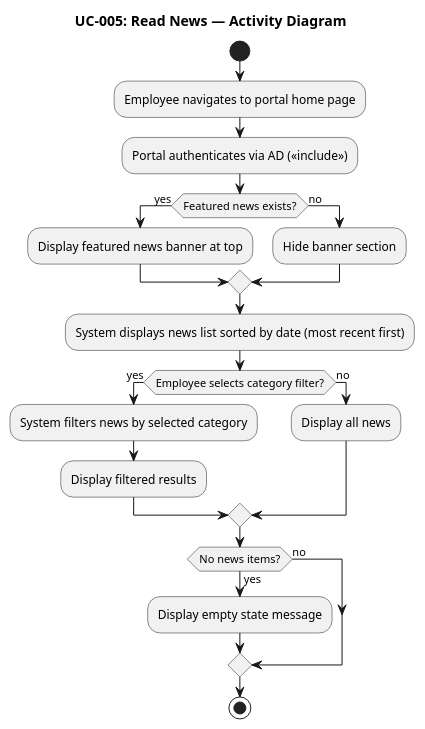
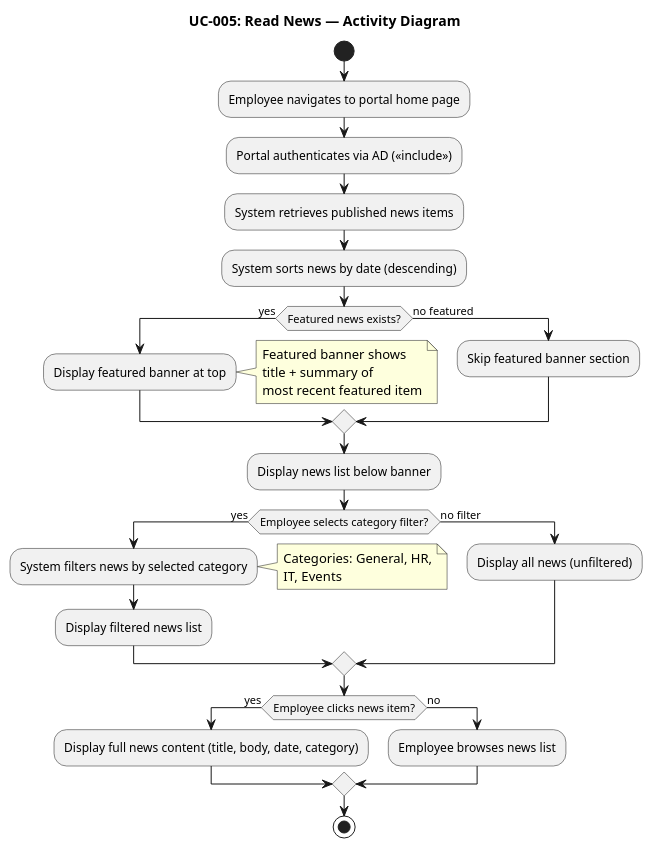
Before and after one commit to banense-test/demo-janke-lab: the eighth of 11 diagrams in docs/artifacts/requirements/use-case-model.md, drawn with PlantUML. The commit also changed other lines of this file, not shown here.

````diff
--- a/docs/artifacts/requirements/use-case-model.md
+++ b/docs/artifacts/requirements/use-case-model.md
@@ -418,26 +523,44 @@
 ```plantuml
 @startuml
 title UC-005: Read News — Activity Diagram
 
 start
 :Employee navigates to portal home page;
 :Portal authenticates via AD (<<include>>);
+:System retrieves published news items;
+:System sorts news by date (descending);
+
 if (Featured news exists?) then (yes)
-  :Display featured news banner at top;
-else (no)
-  :Hide banner section;
+  :Display featured banner at top;
+  note right
+    Featured banner shows
+    title + summary of
+    most recent featured item
+  end note
+else (no featured)
+  :Skip featured banner section;
 endif
-:System displays news list sorted by date (most recent first);
+
+:Display news list below banner;
+
 if (Employee selects category filter?) then (yes)
   :System filters news by selected category;
-  :Display filtered results;
+  note right
+    Categories: General, HR,
+    IT, Events
+  end note
+  :Display filtered news list;
+else (no filter)
+  :Display all news (unfiltered);
+endif
+
+if (Employee clicks news item?) then (yes)
+  :Display full news content (title, body, date, category);
 else (no)
-  :Display all news;
+  :Employee browses news list;
 endif
-if (No news items?) then (yes)
-  :Display empty state message;
-else (no)
-endif
+
 stop
+
 @enduml
 ```
````
